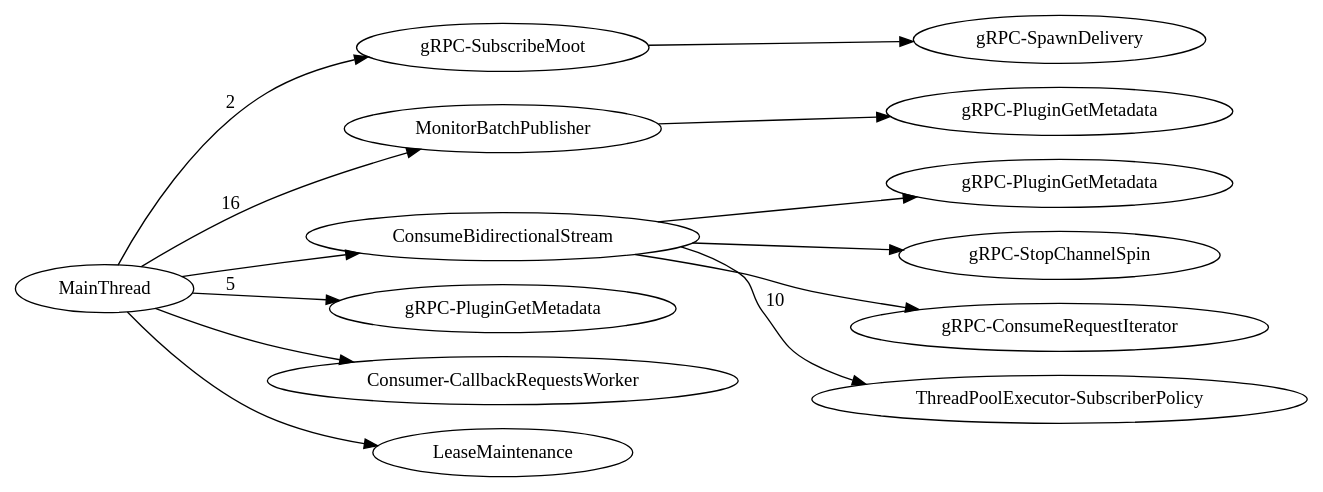
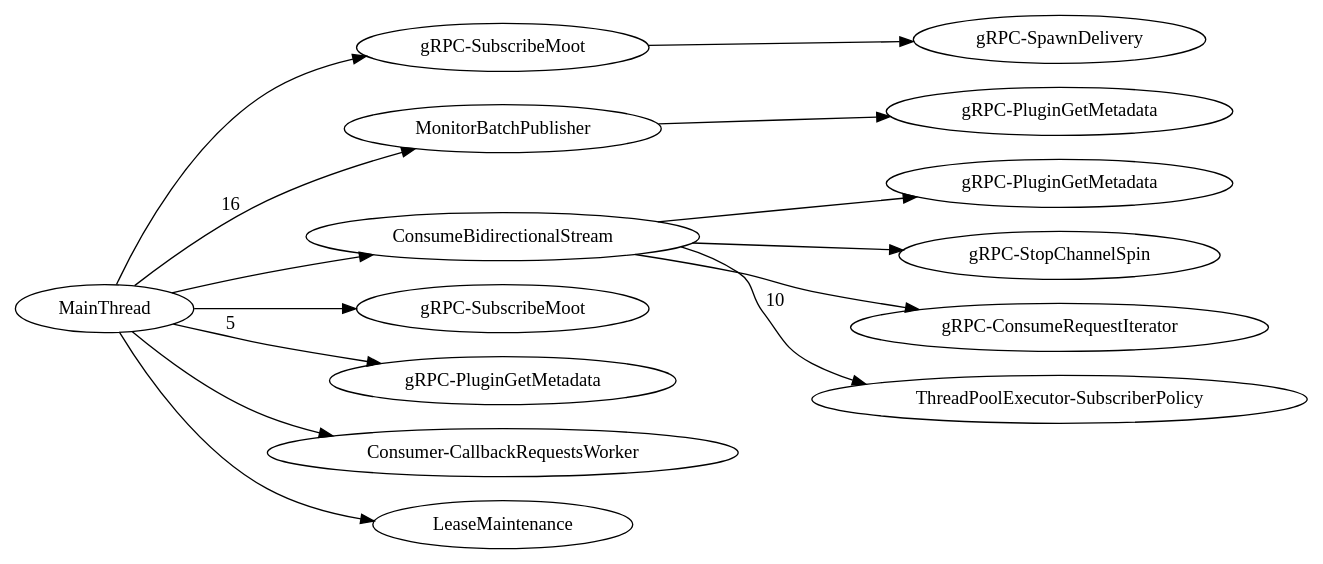
Before and after one commit to dhermes/google-cloud-pubsub-performance: the diagram in issue-4238/0.29.4.dot, drawn with Graphviz. The commit also changed 8 other files, not shown here.

```diff
--- a/issue-4238/0.29.4.dot
+++ b/issue-4238/0.29.4.dot
@@ -1,62 +1,67 @@
 digraph G {
 rankdir=LR;
+subgraph  {
+}
+
 subgraph  {
 subgraph  {
 }
 
-"Thread-gRPC-SubscribeMoot" -> "Thread-gRPC-SpawnDelivery";
+"Thread-gRPC-SubscribeMoot+" -> "Thread-gRPC-SpawnDelivery";
 }
 
 subgraph  {
 }
 
 subgraph  {
 subgraph  {
 }
 
 "Thread-MonitorBatchPublisher" -> "Thread-gRPC-PluginGetMetadata++";
 }
 
 subgraph  {
 }
 
 subgraph  {
 subgraph  {
 }
 
 subgraph  {
 }
 
 subgraph  {
 }
 
 subgraph  {
 }
 
 "Thread-ConsumeBidirectionalStream" -> "Thread-gRPC-PluginGetMetadata++++++++++++++++++";
 "Thread-ConsumeBidirectionalStream" -> "Thread-gRPC-StopChannelSpin";
 "Thread-ConsumeBidirectionalStream" -> "Thread-gRPC-ConsumeRequestIterator";
 "Thread-ConsumeBidirectionalStream" -> "ThreadPoolExecutor-SubscriberPolicy"  [label=10];
 }
 
 subgraph  {
 }
 
-MainThread -> "Thread-gRPC-SubscribeMoot"  [label=2];
+MainThread -> "Thread-gRPC-SubscribeMoot";
+MainThread -> "Thread-gRPC-SubscribeMoot+";
 MainThread -> "Thread-gRPC-PluginGetMetadata"  [label=5];
 MainThread -> "Thread-MonitorBatchPublisher"  [label=16];
 MainThread -> "Thread-Consumer-CallbackRequestsWorker";
 MainThread -> "Thread-ConsumeBidirectionalStream";
 MainThread -> "Thread-LeaseMaintenance";
+"Thread-ConsumeBidirectionalStream" [label=ConsumeBidirectionalStream];
 "Thread-Consumer-CallbackRequestsWorker" [label="Consumer-CallbackRequestsWorker"];
+"Thread-gRPC-PluginGetMetadata++++++++++++++++++" [label="gRPC-PluginGetMetadata"];
+"Thread-gRPC-SubscribeMoot" [label="gRPC-SubscribeMoot"];
+"Thread-gRPC-PluginGetMetadata++" [label="gRPC-PluginGetMetadata"];
+"Thread-LeaseMaintenance" [label=LeaseMaintenance];
+"Thread-gRPC-PluginGetMetadata" [label="gRPC-PluginGetMetadata"];
 "Thread-MonitorBatchPublisher" [label=MonitorBatchPublisher];
-"Thread-gRPC-PluginGetMetadata++++++++++++++++++" [label="gRPC-PluginGetMetadata"];
 "Thread-gRPC-StopChannelSpin" [label="gRPC-StopChannelSpin"];
-"Thread-ConsumeBidirectionalStream" [label=ConsumeBidirectionalStream];
-"Thread-gRPC-SubscribeMoot" [label="gRPC-SubscribeMoot"];
 "Thread-gRPC-ConsumeRequestIterator" [label="gRPC-ConsumeRequestIterator"];
-"Thread-LeaseMaintenance" [label=LeaseMaintenance];
-"Thread-gRPC-PluginGetMetadata++" [label="gRPC-PluginGetMetadata"];
-"Thread-gRPC-PluginGetMetadata" [label="gRPC-PluginGetMetadata"];
+"Thread-gRPC-SubscribeMoot+" [label="gRPC-SubscribeMoot"];
 "Thread-gRPC-SpawnDelivery" [label="gRPC-SpawnDelivery"];
 }
```
